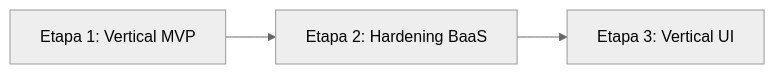
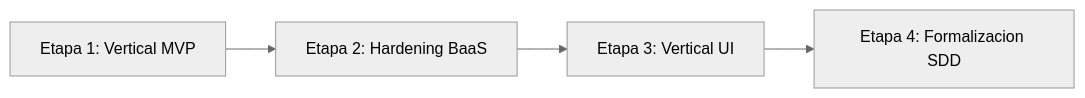
One commit to AlvaroRiveraCarhuani/SOLV_PG changed the first of 2 diagrams in docs/GOBERNANZA/METODOLOGIA.md. Above: the diagram before and after it, drawn with Mermaid (neutral theme). The commit also changed other lines of this file and 18 other files, not shown here.

````diff
--- a/docs/GOBERNANZA/METODOLOGIA.md
+++ b/docs/GOBERNANZA/METODOLOGIA.md
@@ -9,5 +15,6 @@
 ```mermaid
 graph LR
     E1[Etapa 1: Vertical MVP] --> E2[Etapa 2: Hardening BaaS]
     E2 --> E3[Etapa 3: Vertical UI]
+    E3 --> E4[Etapa 4: Formalizacion SDD]
 ```
````
